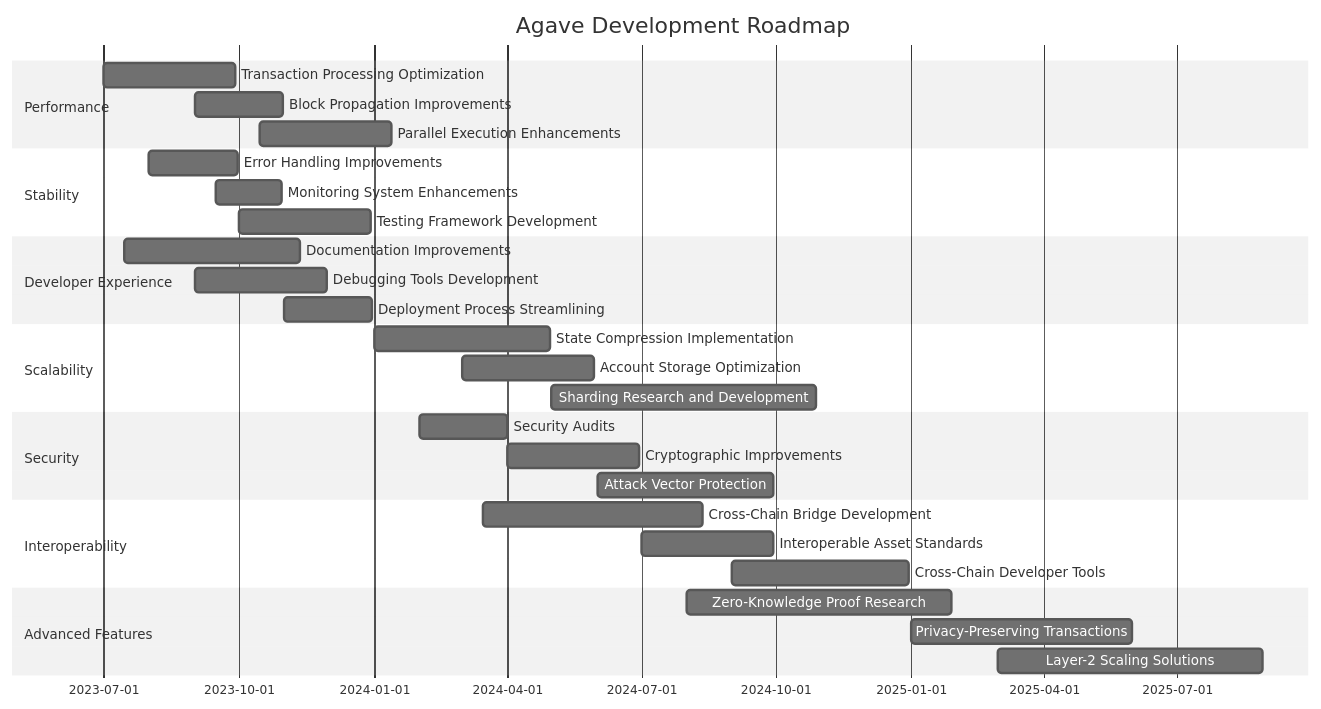
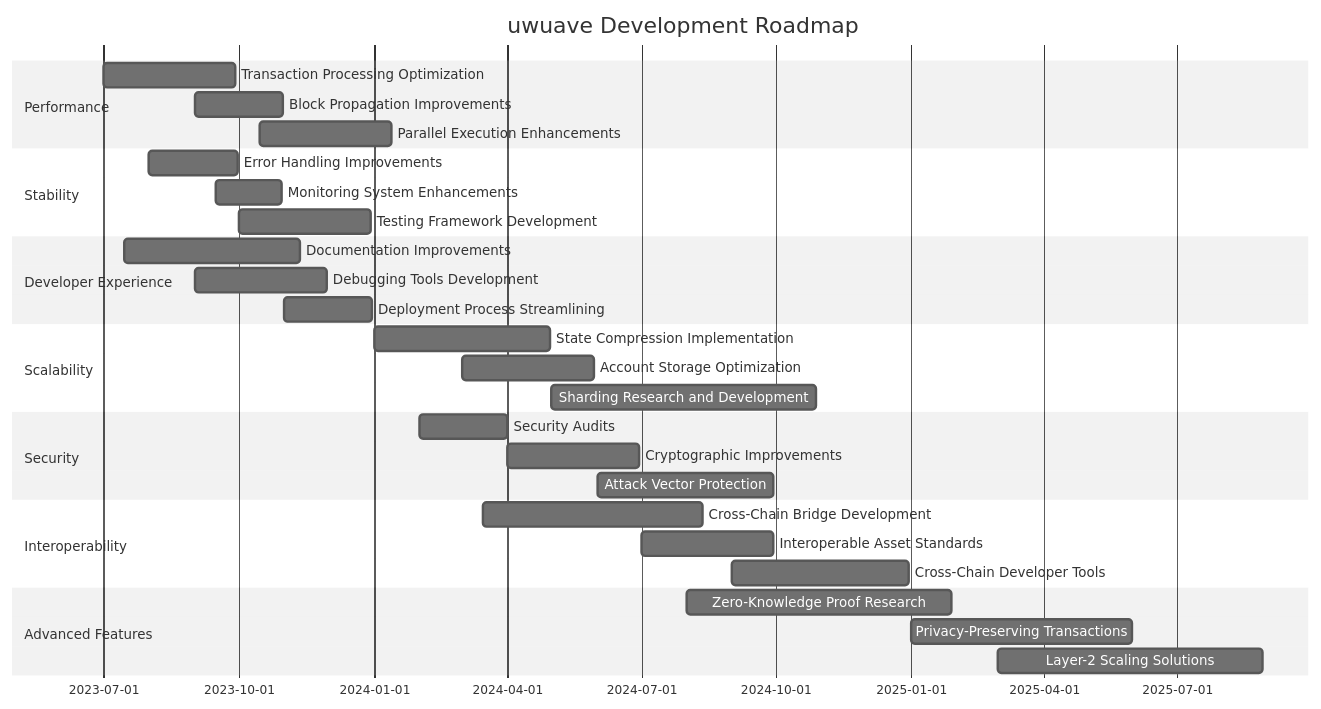
Before and after one commit to openSVM/agave: the diagram in ROADMAP.md, drawn with Mermaid (neutral theme). The commit also changed other lines of this file and 494 other files, not shown here.

````diff
--- a/ROADMAP.md
+++ b/ROADMAP.md
@@ -77,39 +77,39 @@
 ```mermaid
 gantt
-    title Agave Development Roadmap
+    title uwuave Development Roadmap
     dateFormat  YYYY-MM-DD
     section Performance
     Transaction Processing Optimization    :2023-07-01, 90d
     Block Propagation Improvements         :2023-09-01, 60d
     Parallel Execution Enhancements        :2023-10-15, 90d
     
     section Stability
     Error Handling Improvements            :2023-08-01, 60d
     Monitoring System Enhancements         :2023-09-15, 45d
     Testing Framework Development          :2023-10-01, 90d
     
     section Developer Experience
     Documentation Improvements             :2023-07-15, 120d
     Debugging Tools Development            :2023-09-01, 90d
     Deployment Process Streamlining        :2023-11-01, 60d
     
     section Scalability
     State Compression Implementation       :2024-01-01, 120d
     Account Storage Optimization           :2024-03-01, 90d
     Sharding Research and Development      :2024-05-01, 180d
     
     section Security
     Security Audits                        :2024-02-01, 60d
     Cryptographic Improvements             :2024-04-01, 90d
     Attack Vector Protection               :2024-06-01, 120d
     
     section Interoperability
     Cross-Chain Bridge Development         :2024-03-15, 150d
     Interoperable Asset Standards          :2024-07-01, 90d
     Cross-Chain Developer Tools            :2024-09-01, 120d
     
     section Advanced Features
     Zero-Knowledge Proof Research          :2024-08-01, 180d
     Privacy-Preserving Transactions        :2025-01-01, 150d
     Layer-2 Scaling Solutions              :2025-03-01, 180d
 ```
````
